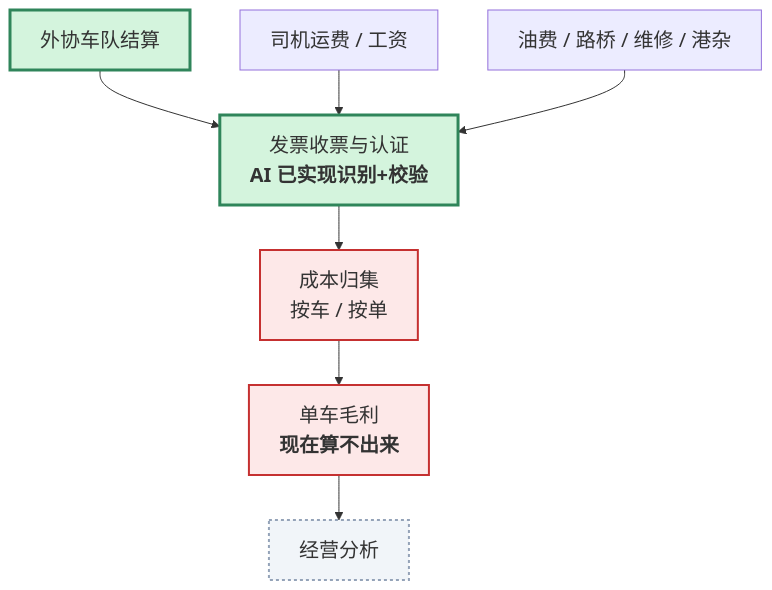
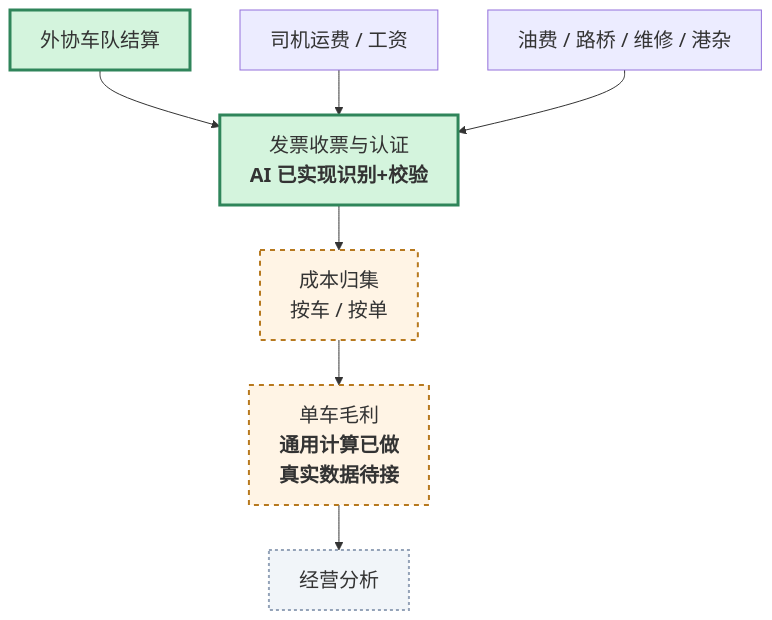
The third of 4 diagrams in 会客包/10_业务与财务流程图.md (roma007/Enterprise-AI), drawn with Mermaid before and after one commit. The commit also changed other lines of this file and 16 other files, not shown here.

````diff
--- a/会客包/10_业务与财务流程图.md
+++ b/会客包/10_业务与财务流程图.md
@@ -100,24 +100,25 @@
 ```mermaid
 %%{init: {"themeVariables": {"fontSize": "20px", "fontFamily": "-apple-system, \"PingFang SC\", sans-serif"}, "flowchart": {"useMaxWidth": false, "nodeSpacing": 50, "rankSpacing": 45, "wrappingWidth": 340, "htmlLabels": true}}}%%
 flowchart TB
   P1["外协车队结算"]
   P2["司机运费 / 工资"]
   P3["油费 / 路桥 / 维修 / 港杂"]
   P4["发票收票与认证<br/><b>AI 已实现识别+校验</b>"]
   S1["成本归集<br/>按车 / 按单"]
-  S2["单车毛利<br/><b>现在算不出来</b>"]
+  S2["单车毛利<br/><b>通用计算已做<br/>真实数据待接</b>"]
   S3["经营分析"]
 
   P1 --> P4
   P2 --> P4
   P3 --> P4
   P4 --> S1 --> S2 --> S3
 
   classDef done fill:#d4f4dd,stroke:#2f855a,stroke-width:3px
+  classDef partial fill:#fff4e5,stroke:#b7791f,stroke-width:2px,stroke-dasharray:5 5
   classDef blocked fill:#fde8e8,stroke:#c53030,stroke-width:2px
   classDef out fill:#f1f5f9,stroke:#94a3b8,stroke-width:2px,stroke-dasharray:3 3
 
   class P1,P4 done
-  class S1,S2 blocked
+  class S1,S2 partial
   class S3 out
 ```
````
